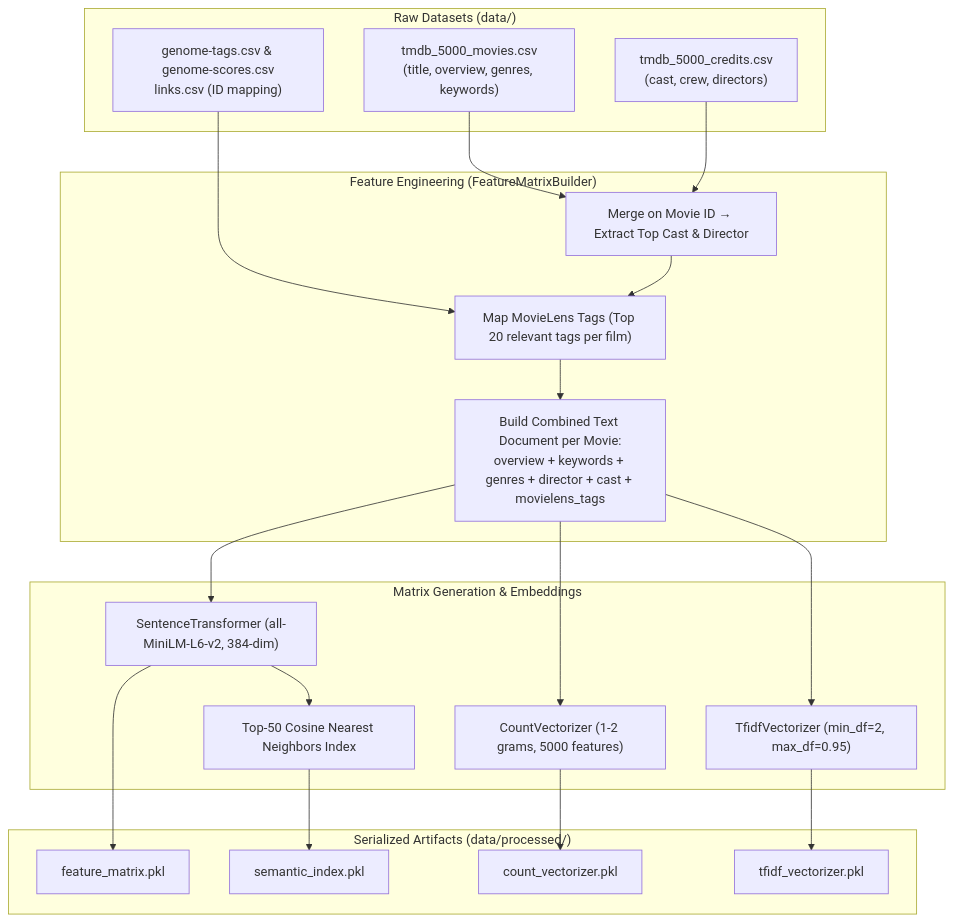
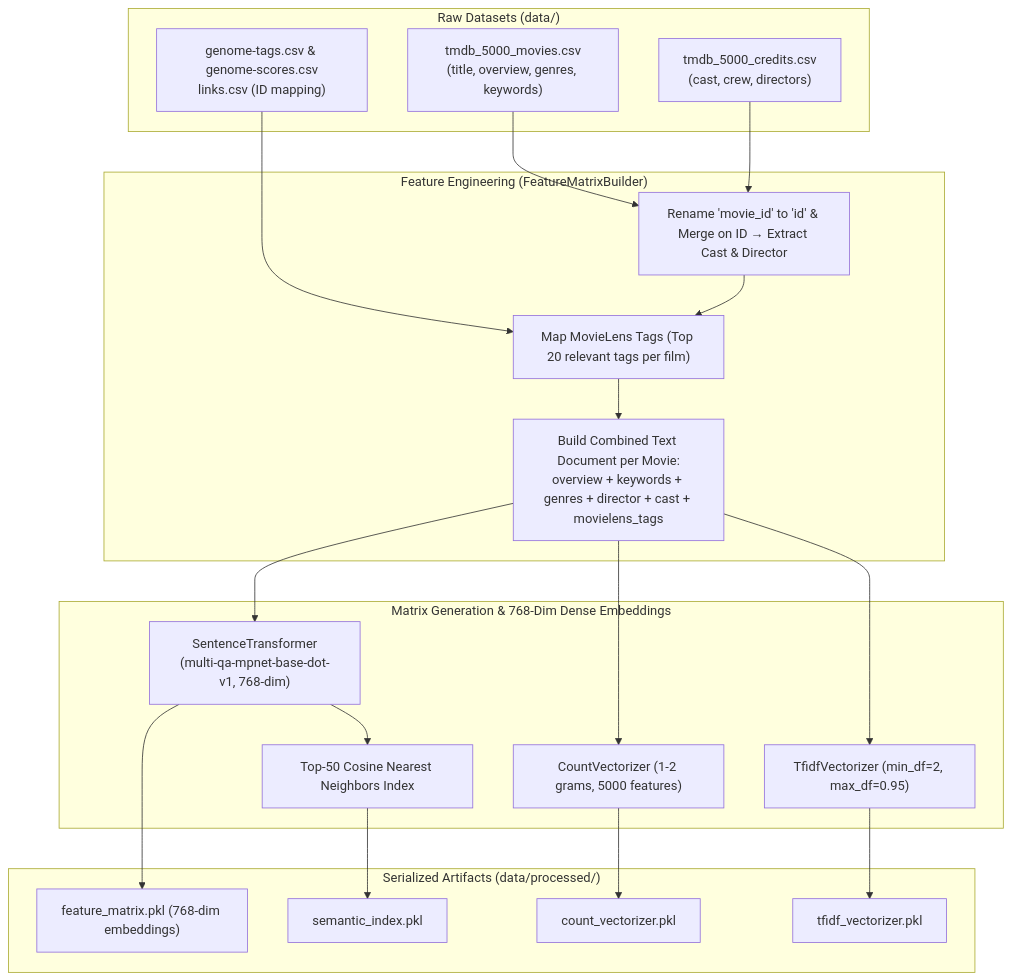
One commit to LiliesInLakes/techquest changed the fourth of 4 diagrams in ARCHITECTURE.md. Above: the diagram before and after it, drawn with Mermaid. The commit also changed other lines of this file and 15 other files, not shown here.

````diff
--- a/ARCHITECTURE.md
+++ b/ARCHITECTURE.md
@@ -222,37 +246,37 @@
 ```mermaid
 flowchart TD
     subgraph RawData ["Raw Datasets (data/)"]
         TMDBMovies["tmdb_5000_movies.csv\n(title, overview, genres, keywords)"]
         TMDBCredits["tmdb_5000_credits.csv\n(cast, crew, directors)"]
         MovieLens["genome-tags.csv & genome-scores.csv\nlinks.csv (ID mapping)"]
     end
 
     subgraph FeatureEngineering ["Feature Engineering (FeatureMatrixBuilder)"]
-        Merge["Merge on Movie ID → Extract Top Cast & Director"]
+        Merge["Rename 'movie_id' to 'id' & Merge on ID → Extract Cast & Director"]
         TagJoin["Map MovieLens Tags (Top 20 relevant tags per film)"]
         CombinedText["Build Combined Text Document per Movie:\noverview + keywords + genres + director + cast + movielens_tags"]
     end
 
-    subgraph Vectorization ["Matrix Generation & Embeddings"]
+    subgraph Vectorization ["Matrix Generation & 768-Dim Dense Embeddings"]
         CountVec["CountVectorizer (1-2 grams, 5000 features)"]
         TFIDFVec["TfidfVectorizer (min_df=2, max_df=0.95)"]
-        MiniLM["SentenceTransformer (all-MiniLM-L6-v2, 384-dim)"]
+        MPNetModel["SentenceTransformer\n(multi-qa-mpnet-base-dot-v1, 768-dim)"]
         SemIndex["Top-50 Cosine Nearest Neighbors Index"]
     end
 
     subgraph PickledArtifacts ["Serialized Artifacts (data/processed/)"]
-        P1["feature_matrix.pkl"]
+        P1["feature_matrix.pkl (768-dim embeddings)"]
         P2["semantic_index.pkl"]
         P3["count_vectorizer.pkl"]
         P4["tfidf_vectorizer.pkl"]
     end
 
     TMDBMovies & TMDBCredits --> Merge
     MovieLens & Merge --> TagJoin
     TagJoin --> CombinedText
 
     CombinedText --> CountVec --> P3
     CombinedText --> TFIDFVec --> P4
-    CombinedText --> MiniLM --> P1
-    MiniLM --> SemIndex --> P2
+    CombinedText --> MPNetModel --> P1
+    MPNetModel --> SemIndex --> P2
 ```
````
